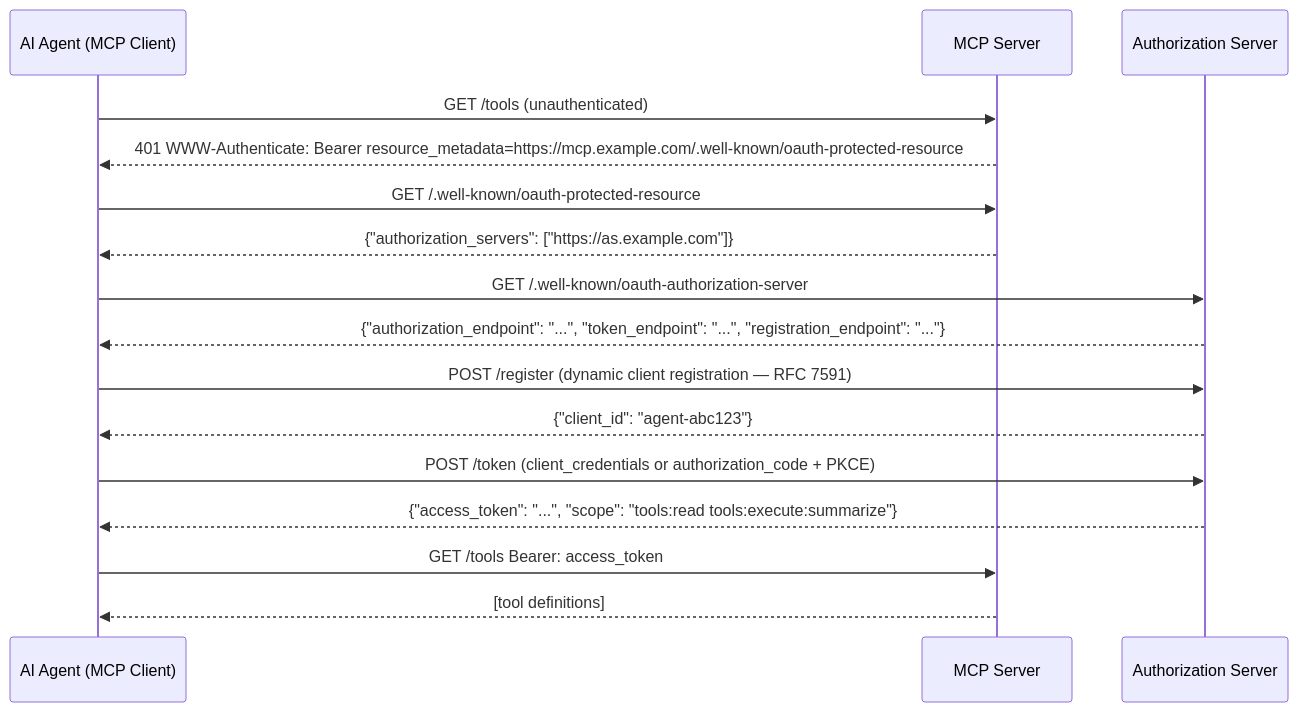
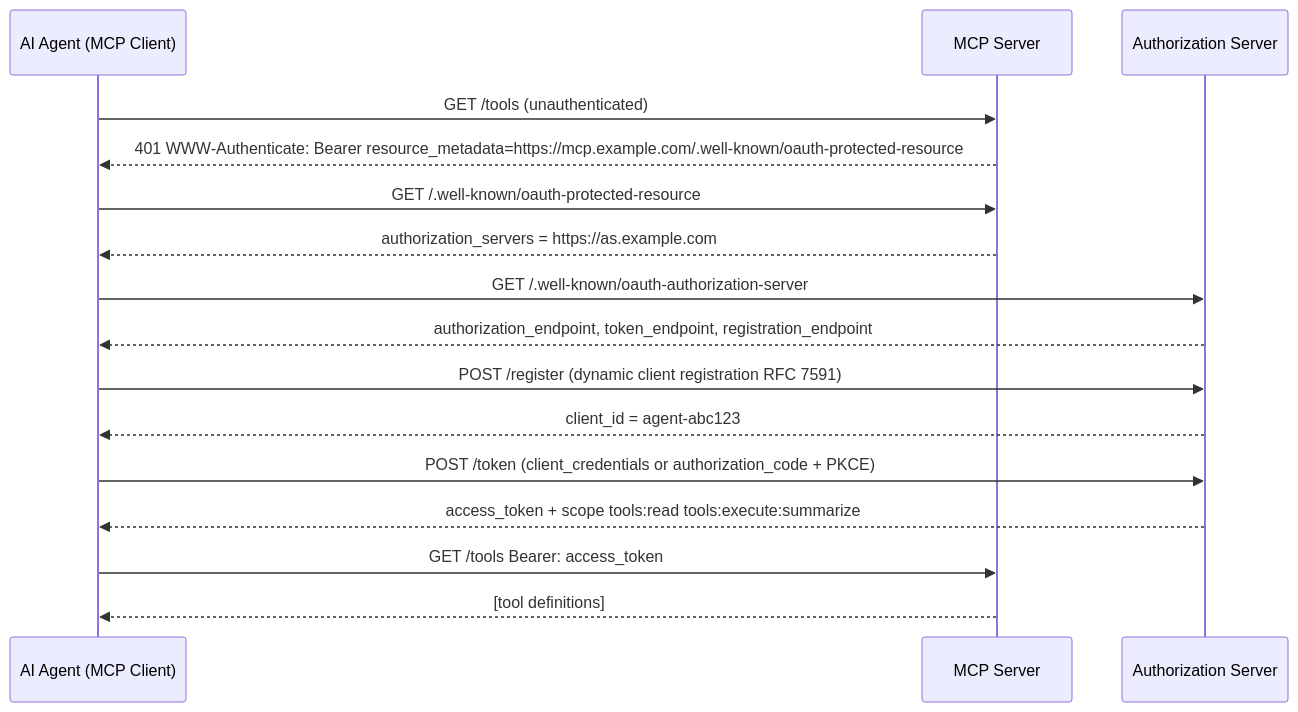
The fifth of 8 diagrams in site/src/content/docs/future-of-auth/index.md (kiriz/idp-research), drawn with Mermaid before and after one commit. The commit also changed other lines of this file, not shown here.

First line of the commit message:
Fix Mermaid syntax errors in all 5 affected diagrams

````diff
--- a/site/src/content/docs/future-of-auth/index.md
+++ b/site/src/content/docs/future-of-auth/index.md
@@ -257,19 +257,19 @@
 ```mermaid
 sequenceDiagram
     participant Agent as AI Agent (MCP Client)
     participant MCP as MCP Server
     participant AS as Authorization Server
 
     Agent->>MCP: GET /tools (unauthenticated)
     MCP-->>Agent: 401 WWW-Authenticate: Bearer resource_metadata=https://mcp.example.com/.well-known/oauth-protected-resource
     Agent->>MCP: GET /.well-known/oauth-protected-resource
-    MCP-->>Agent: {"authorization_servers": ["https://as.example.com"]}
+    MCP-->>Agent: authorization_servers = https://as.example.com
     Agent->>AS: GET /.well-known/oauth-authorization-server
-    AS-->>Agent: {"authorization_endpoint": "...", "token_endpoint": "...", "registration_endpoint": "..."}
-    Agent->>AS: POST /register (dynamic client registration — RFC 7591)
-    AS-->>Agent: {"client_id": "agent-abc123"}
+    AS-->>Agent: authorization_endpoint, token_endpoint, registration_endpoint
+    Agent->>AS: POST /register (dynamic client registration RFC 7591)
+    AS-->>Agent: client_id = agent-abc123
     Agent->>AS: POST /token (client_credentials or authorization_code + PKCE)
-    AS-->>Agent: {"access_token": "...", "scope": "tools:read tools:execute:summarize"}
+    AS-->>Agent: access_token + scope tools:read tools:execute:summarize
     Agent->>MCP: GET /tools Bearer: access_token
     MCP-->>Agent: [tool definitions]
 ```
````
